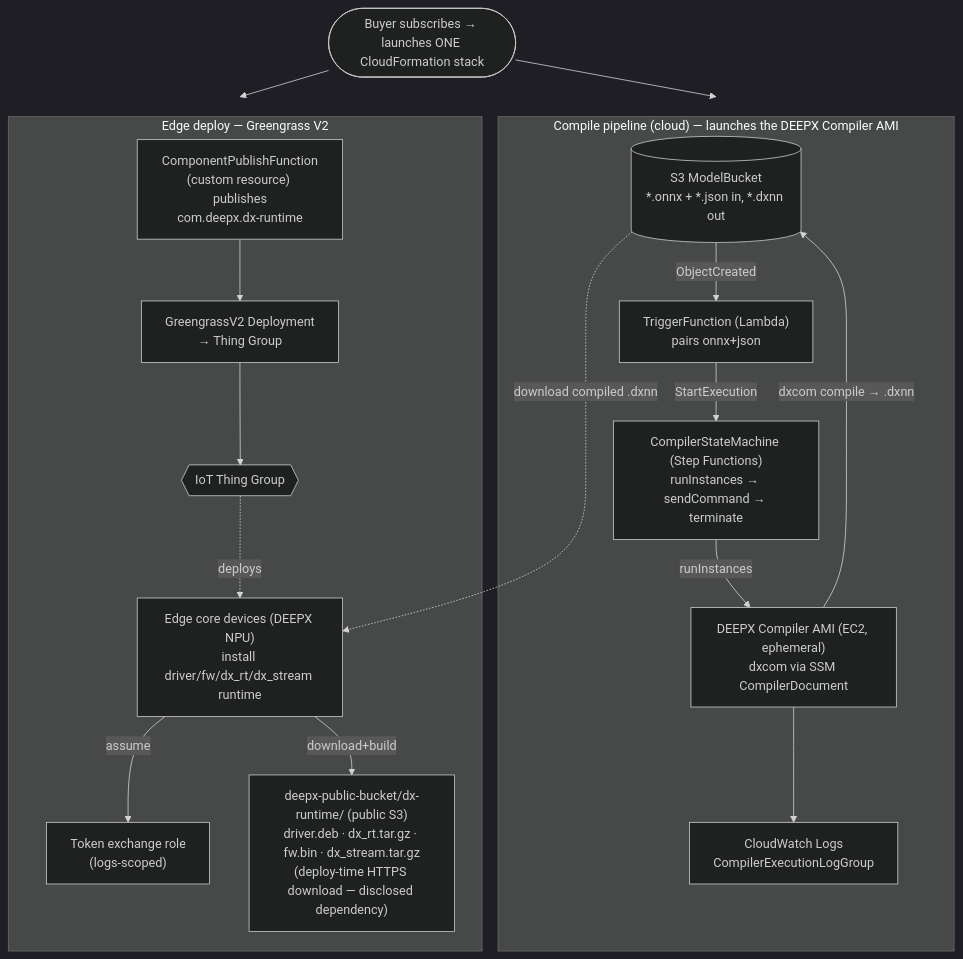
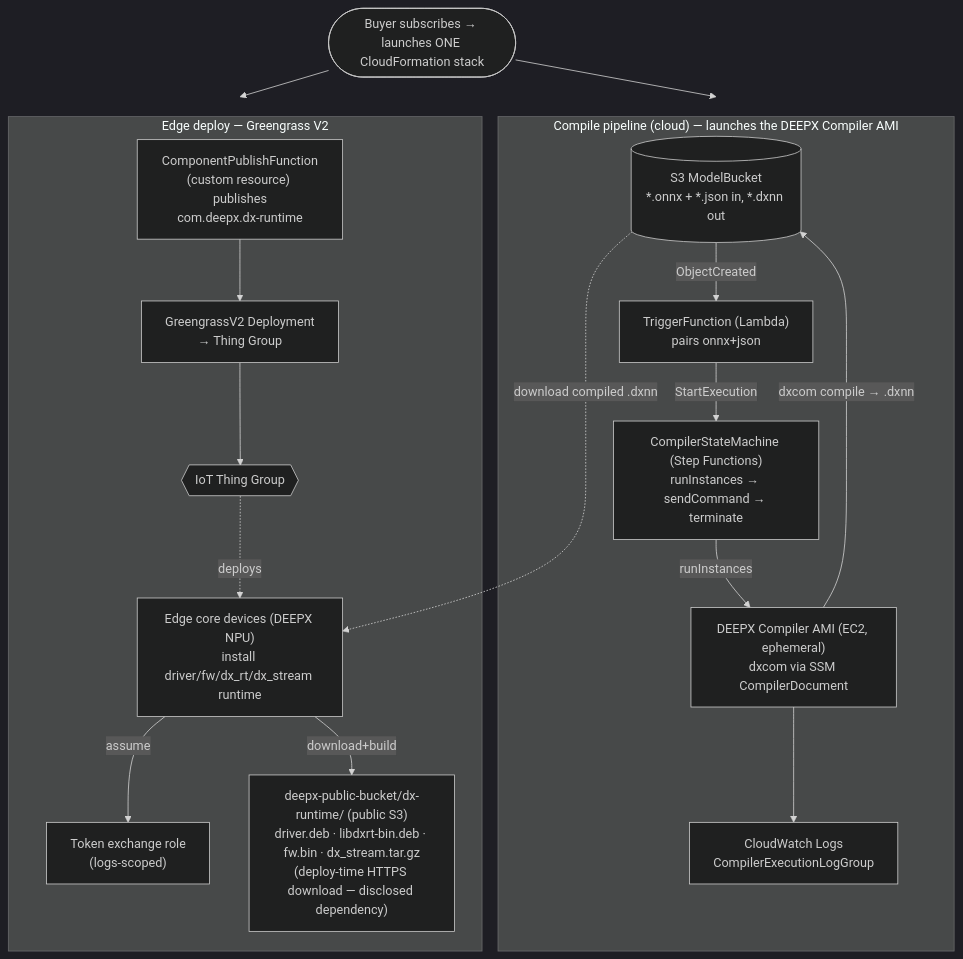
One commit to deepx-sangminkang/greengrass-poc changed the diagram in docs/architecture.md. Above: the diagram before and after it, drawn with Mermaid (dark theme). The commit also changed 4 other files, not shown here.

First line of the commit message:
feat: dx-runtime 2.3.0 — driver 2.5.1, fw 2.7.1, dx_rt 3.4.0 prebuilt deb

````diff
--- a/docs/architecture.md
+++ b/docs/architecture.md
@@ -12,32 +12,32 @@
 ```mermaid
 flowchart TB
     buyer(["Buyer subscribes → launches ONE CloudFormation stack"])
 
     subgraph Compile["Compile pipeline (cloud) — launches the DEEPX Compiler AMI"]
         S3[("S3 ModelBucket<br/>*.onnx + *.json in, *.dxnn out")]
         TF["TriggerFunction (Lambda)<br/>pairs onnx+json"]
         SFN["CompilerStateMachine (Step Functions)<br/>runInstances → sendCommand → terminate"]
         AMI["DEEPX Compiler AMI (EC2, ephemeral)<br/>dxcom via SSM CompilerDocument"]
         CW1["CloudWatch Logs<br/>CompilerExecutionLogGroup"]
         S3 -->|ObjectCreated| TF -->|StartExecution| SFN
         SFN -->|runInstances| AMI
         AMI -->|dxcom compile → .dxnn| S3
         AMI --> CW1
     end
 
     subgraph Edge["Edge deploy — Greengrass V2"]
         PUB["ComponentPublishFunction<br/>(custom resource) publishes<br/>com.deepx.dx-runtime"]
         DEP["GreengrassV2 Deployment<br/>→ Thing Group"]
         TG{{"IoT Thing Group"}}
         TER["Token exchange role<br/>(logs-scoped)"]
         DEV["Edge core devices (DEEPX NPU)<br/>install driver/fw/dx_rt/dx_stream runtime"]
-        GH["deepx-public-bucket/dx-runtime/ (public S3)<br/>driver.deb · dx_rt.tar.gz · fw.bin · dx_stream.tar.gz<br/>(deploy-time HTTPS download — disclosed dependency)"]
+        GH["deepx-public-bucket/dx-runtime/ (public S3)<br/>driver.deb · libdxrt-bin.deb · fw.bin · dx_stream.tar.gz<br/>(deploy-time HTTPS download — disclosed dependency)"]
         PUB --> DEP --> TG -.deploys.-> DEV
         DEV -->|assume| TER
         DEV -->|download+build| GH
     end
 
     buyer --> Compile
     buyer --> Edge
     S3 -.->|download compiled .dxnn| DEV
 ```
````
